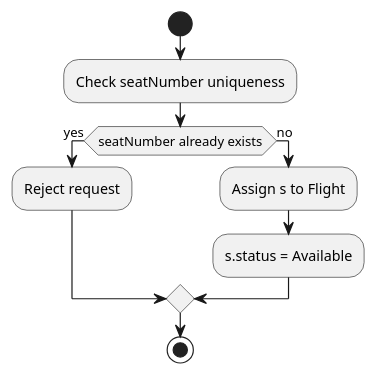
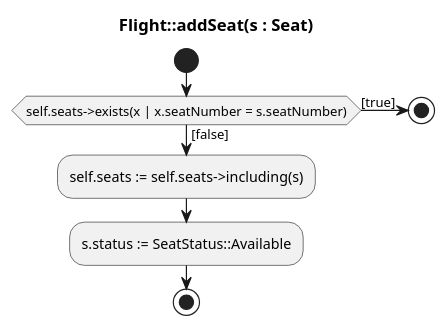
Before and after one commit to scx-othr/MoProCo-evaluation: the diagram in airline/classical-uml/add-seat.puml, drawn with PlantUML. The commit also changed 31 other files, not shown here.

Commit message:
Prepare initial evaluation data for all three case studies (shop, airline, library; classical uml, black box prompt, moproco)

```diff
--- a/airline/classical-uml/add-seat.puml
+++ b/airline/classical-uml/add-seat.puml
@@ -1,13 +1,12 @@
 @startuml
+title Flight::addSeat(s : Seat)
+
 start
-:Check seatNumber uniqueness;
-
-if (seatNumber already exists) then (yes)
-  :Reject request;
-else (no)
-  :Assign s to Flight;
-  :s.status = Available;
+if (self.seats->exists(x | x.seatNumber = s.seatNumber)) then ([true])
+  stop
+else ([false])
+  :self.seats := self.seats->including(s);
+  :s.status := SeatStatus::Available;
+  stop
 endif
-
-stop
 @enduml
```
